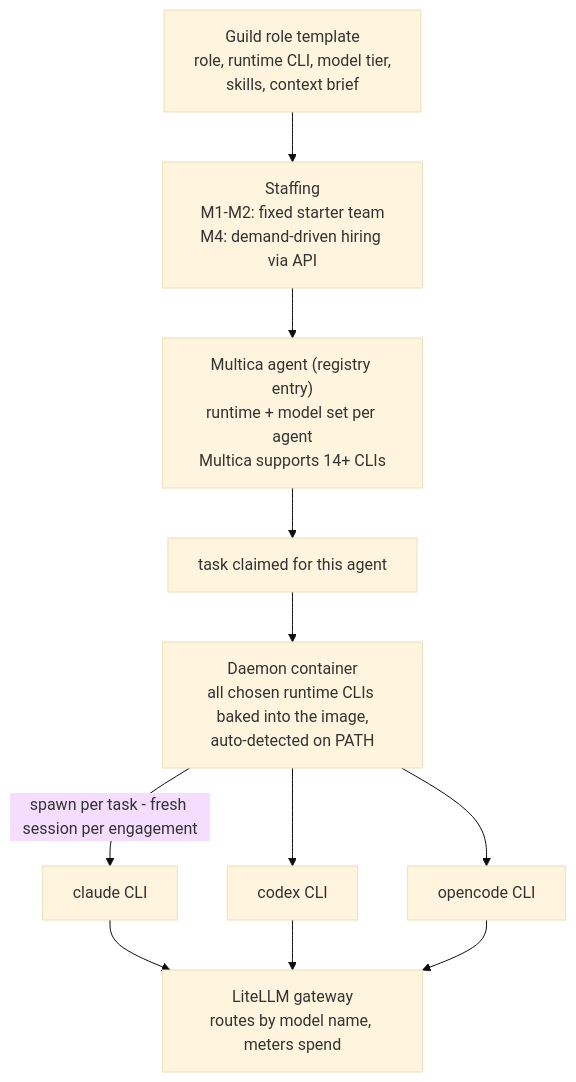
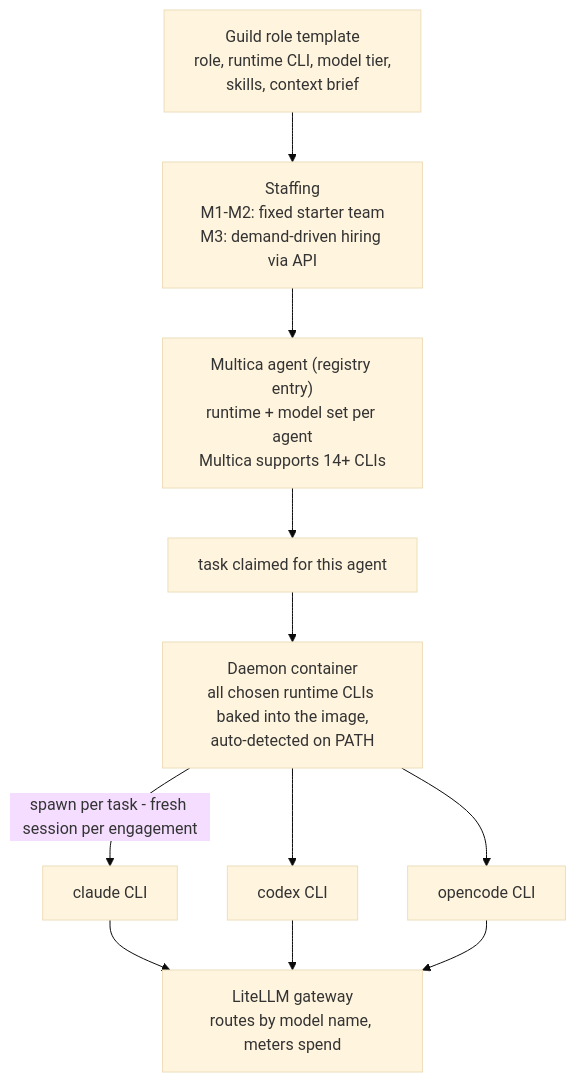
The second of 8 diagrams in docs/OVERVIEW.md (maacarbo/guild), drawn with Mermaid (base theme) before and after one commit. The commit also changed other lines of this file and 9 other files, not shown here.

````diff
--- a/docs/OVERVIEW.md
+++ b/docs/OVERVIEW.md
@@ -70,19 +70,19 @@
 ```mermaid
 flowchart TB
     RT["Guild role template<br/>role, runtime CLI, model tier,<br/>skills, context brief"]
-    ST["Staffing<br/>M1-M2: fixed starter team<br/>M4: demand-driven hiring via API"]
+    ST["Staffing<br/>M1-M2: fixed starter team<br/>M3: demand-driven hiring via API"]
     AG["Multica agent (registry entry)<br/>runtime + model set per agent<br/>Multica supports 14+ CLIs"]
     TQ["task claimed for this agent"]
     DM["Daemon container<br/>all chosen runtime CLIs baked into the image,<br/>auto-detected on PATH"]
     CC["claude CLI"]
     CX["codex CLI"]
     OC["opencode CLI"]
     LLM["LiteLLM gateway<br/>routes by model name, meters spend"]
     RT --> ST --> AG --> TQ --> DM
     DM -->|"spawn per task - fresh session per engagement"| CC
     DM --> CX
     DM --> OC
     CC --> LLM
     CX --> LLM
     OC --> LLM
 ```
````
